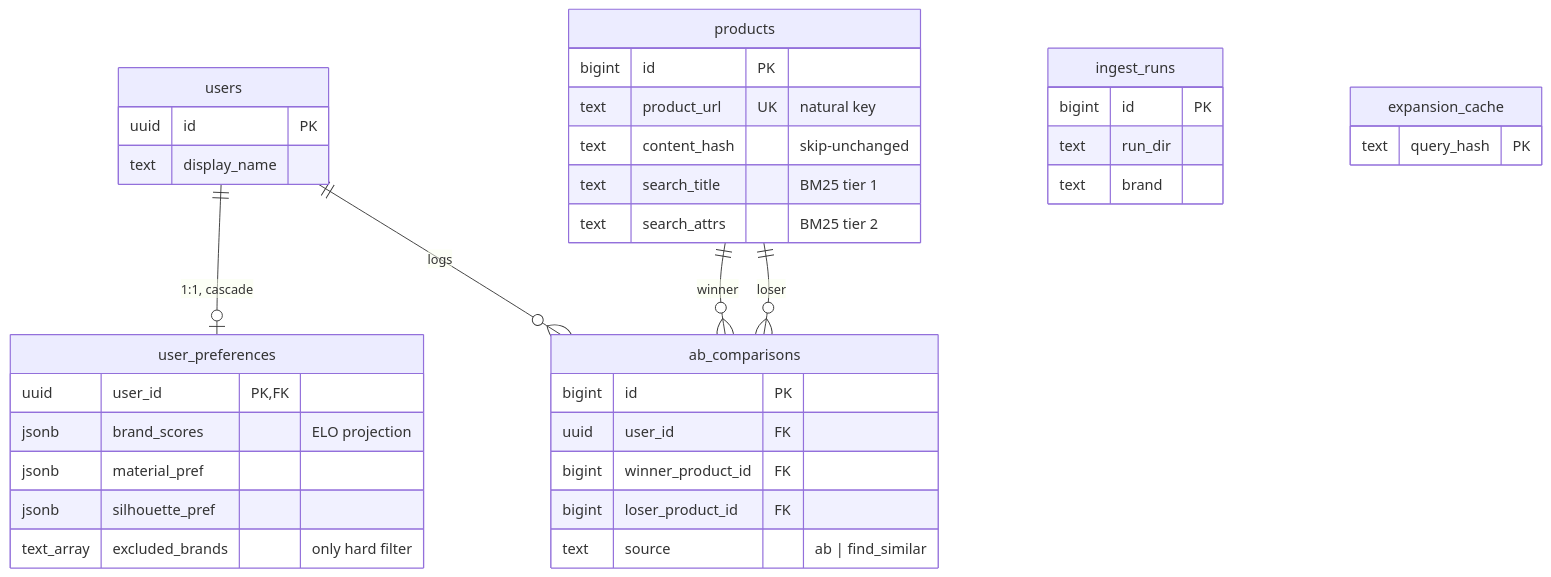
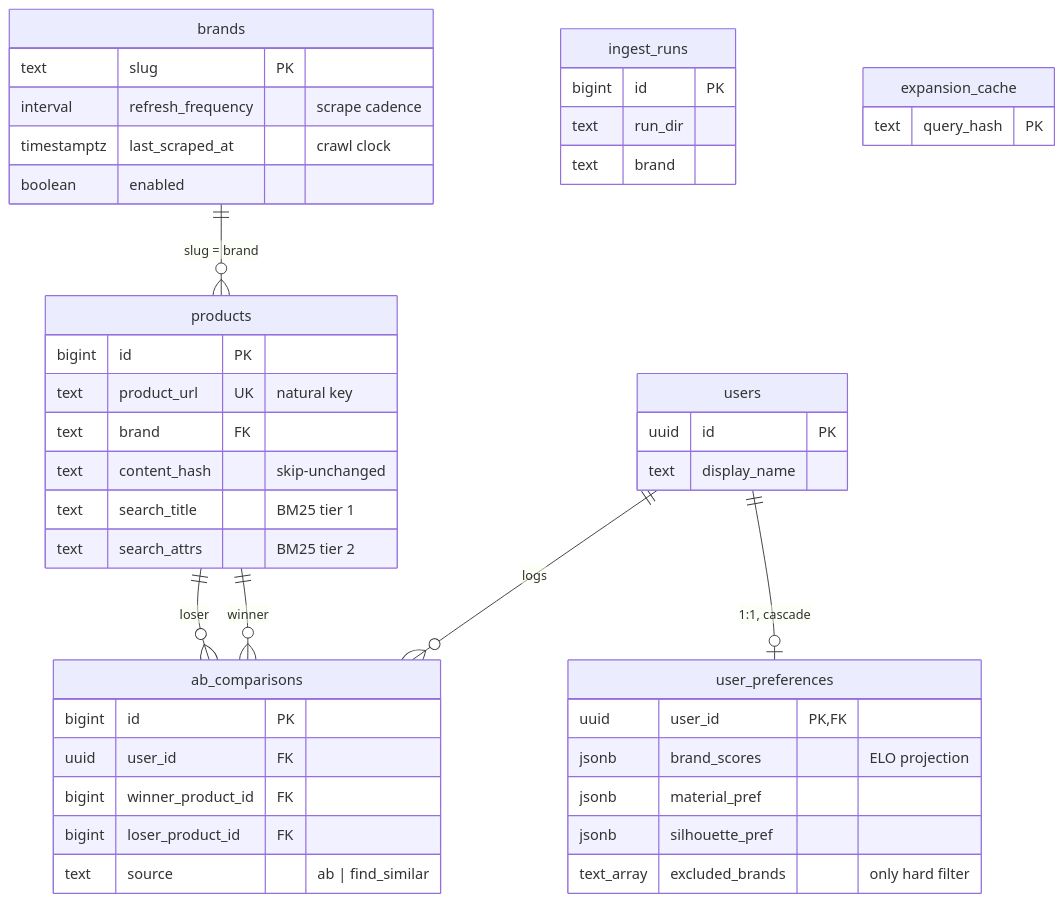
Before and after one commit to rosali2003/fashion-search-tool: the diagram in SCHEMA.md, drawn with Mermaid. The commit also changed other lines of this file and 38 other files, not shown here.

Commit message:
Add authentication, brand management, and catalog refresh improvements

````diff
--- a/SCHEMA.md
+++ b/SCHEMA.md
@@ -30,41 +31,49 @@
 ```mermaid
 erDiagram
+    brands ||--o{ products : "slug = brand"
     users ||--o| user_preferences : "1:1, cascade"
     users ||--o{ ab_comparisons : "logs"
     products ||--o{ ab_comparisons : "winner"
     products ||--o{ ab_comparisons : "loser"
 
     users {
         uuid id PK
         text display_name
     }
     user_preferences {
         uuid user_id PK,FK
         jsonb brand_scores "ELO projection"
         jsonb material_pref
         jsonb silhouette_pref
         text_array excluded_brands "only hard filter"
     }
     ab_comparisons {
         bigint id PK
         uuid user_id FK
         bigint winner_product_id FK
         bigint loser_product_id FK
         text source "ab | find_similar"
     }
+    brands {
+        text slug PK
+        interval refresh_frequency "scrape cadence"
+        timestamptz last_scraped_at "crawl clock"
+        boolean enabled
+    }
     products {
         bigint id PK
         text product_url UK "natural key"
+        text brand FK
         text content_hash "skip-unchanged"
         text search_title "BM25 tier 1"
         text search_attrs "BM25 tier 2"
     }
     ingest_runs {
         bigint id PK
         text run_dir
         text brand
     }
     expansion_cache {
         text query_hash PK
     }
 ```
````
